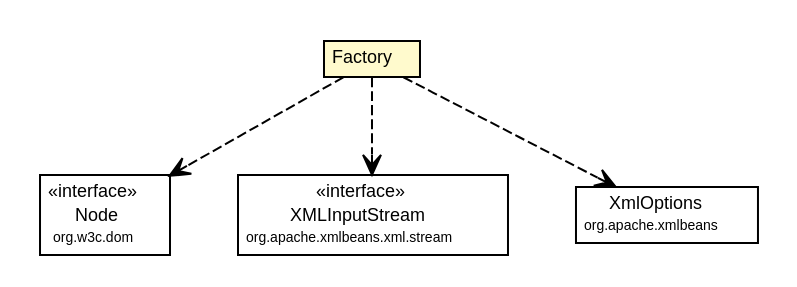
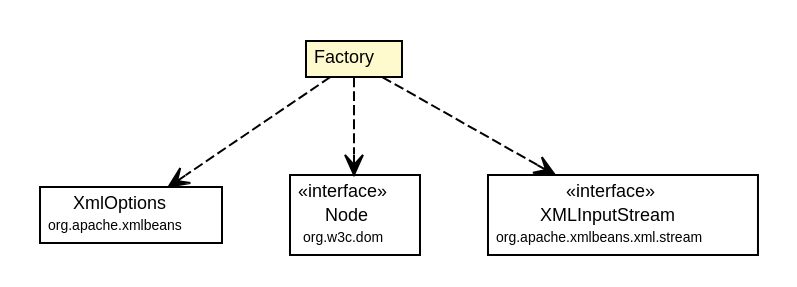
Before and after one commit to synchronoss/cpo-util: the diagram in site/apidocs/org/synchronoss/cpo/util/cpoUtilConfig/CtDataConfig.Factory.dot, drawn with Graphviz. The commit also changed 302 other files, not shown here.

Commit message:
Creating site for cpoUtil, 5.1.1-SNAPSHOT

```diff
--- a/site/apidocs/org/synchronoss/cpo/util/cpoUtilConfig/CtDataConfig.Factory.dot
+++ b/site/apidocs/org/synchronoss/cpo/util/cpoUtilConfig/CtDataConfig.Factory.dot
@@ -1,45 +1,45 @@
 #!/usr/local/bin/dot
 #
 # Class diagram 
 # Generated by UmlGraph version 4.6 (http://www.spinellis.gr/sw/umlgraph)
 #
 
 digraph G {
 	edge [fontname="Helvetica",fontsize=10,labelfontname="Helvetica",labelfontsize=10];
 	node [fontname="Helvetica",fontsize=10,shape=plaintext];
 	// org.synchronoss.cpo.util.cpoUtilConfig.CtDataConfig.Factory
 	c4689 [label=<<table border="0" cellborder="1" cellspacing="0" cellpadding="2" port="p" bgcolor="lemonChiffon" href="./CtDataConfig.Factory.html">
 		<tr><td><table border="0" cellspacing="0" cellpadding="1">
 			<tr><td> Factory </td></tr>
 		</table></td></tr>
 		</table>>, fontname="Helvetica", fontcolor="black", fontsize=9.0];
+	// org.synchronoss.cpo.util.cpoUtilConfig.CtDataConfig.Factory DEPEND org.apache.xmlbeans.XmlOptions
+	c4689:p -> c4708:p [taillabel="", label="", headlabel="", fontname="Helvetica", fontcolor="black", fontsize=10.0, color="black", arrowhead=open, style=dashed];
 	// org.synchronoss.cpo.util.cpoUtilConfig.CtDataConfig.Factory DEPEND org.w3c.dom.Node
-	c4689:p -> c4706:p [taillabel="", label="", headlabel="", fontname="Helvetica", fontcolor="black", fontsize=10.0, color="black", arrowhead=open, style=dashed];
+	c4689:p -> c4709:p [taillabel="", label="", headlabel="", fontname="Helvetica", fontcolor="black", fontsize=10.0, color="black", arrowhead=open, style=dashed];
 	// org.synchronoss.cpo.util.cpoUtilConfig.CtDataConfig.Factory DEPEND org.apache.xmlbeans.xml.stream.XMLInputStream
-	c4689:p -> c4707:p [taillabel="", label="", headlabel="", fontname="Helvetica", fontcolor="black", fontsize=10.0, color="black", arrowhead=open, style=dashed];
-	// org.synchronoss.cpo.util.cpoUtilConfig.CtDataConfig.Factory DEPEND org.apache.xmlbeans.XmlOptions
 	c4689:p -> c4710:p [taillabel="", label="", headlabel="", fontname="Helvetica", fontcolor="black", fontsize=10.0, color="black", arrowhead=open, style=dashed];
 	// org.apache.xmlbeans.xml.stream.XMLInputStream
-	c4707 [label=<<table border="0" cellborder="1" cellspacing="0" cellpadding="2" port="p" href="http://java.sun.com/j2se/1.4.2/docs/api/org/apache/xmlbeans/xml/stream/XMLInputStream.html">
+	c4710 [label=<<table border="0" cellborder="1" cellspacing="0" cellpadding="2" port="p" href="http://java.sun.com/j2se/1.4.2/docs/api/org/apache/xmlbeans/xml/stream/XMLInputStream.html">
 		<tr><td><table border="0" cellspacing="0" cellpadding="1">
 			<tr><td> &laquo;interface&raquo; </td></tr>
 			<tr><td> XMLInputStream </td></tr>
 			<tr><td><font point-size="7.0"> org.apache.xmlbeans.xml.stream </font></td></tr>
 		</table></td></tr>
 		</table>>, fontname="Helvetica", fontcolor="black", fontsize=9.0];
 	// org.w3c.dom.Node
-	c4706 [label=<<table border="0" cellborder="1" cellspacing="0" cellpadding="2" port="p" href="http://java.sun.com/j2se/1.4.2/docs/api/org/w3c/dom/Node.html">
+	c4709 [label=<<table border="0" cellborder="1" cellspacing="0" cellpadding="2" port="p" href="http://java.sun.com/j2se/1.4.2/docs/api/org/w3c/dom/Node.html">
 		<tr><td><table border="0" cellspacing="0" cellpadding="1">
 			<tr><td> &laquo;interface&raquo; </td></tr>
 			<tr><td> Node </td></tr>
 			<tr><td><font point-size="7.0"> org.w3c.dom </font></td></tr>
 		</table></td></tr>
 		</table>>, fontname="Helvetica", fontcolor="black", fontsize=9.0];
 	// org.apache.xmlbeans.XmlOptions
-	c4710 [label=<<table border="0" cellborder="1" cellspacing="0" cellpadding="2" port="p" href="http://java.sun.com/j2se/1.4.2/docs/api/org/apache/xmlbeans/XmlOptions.html">
+	c4708 [label=<<table border="0" cellborder="1" cellspacing="0" cellpadding="2" port="p" href="http://java.sun.com/j2se/1.4.2/docs/api/org/apache/xmlbeans/XmlOptions.html">
 		<tr><td><table border="0" cellspacing="0" cellpadding="1">
 			<tr><td> XmlOptions </td></tr>
 			<tr><td><font point-size="7.0"> org.apache.xmlbeans </font></td></tr>
 		</table></td></tr>
 		</table>>, fontname="Helvetica", fontcolor="black", fontsize=9.0];
 }
```
